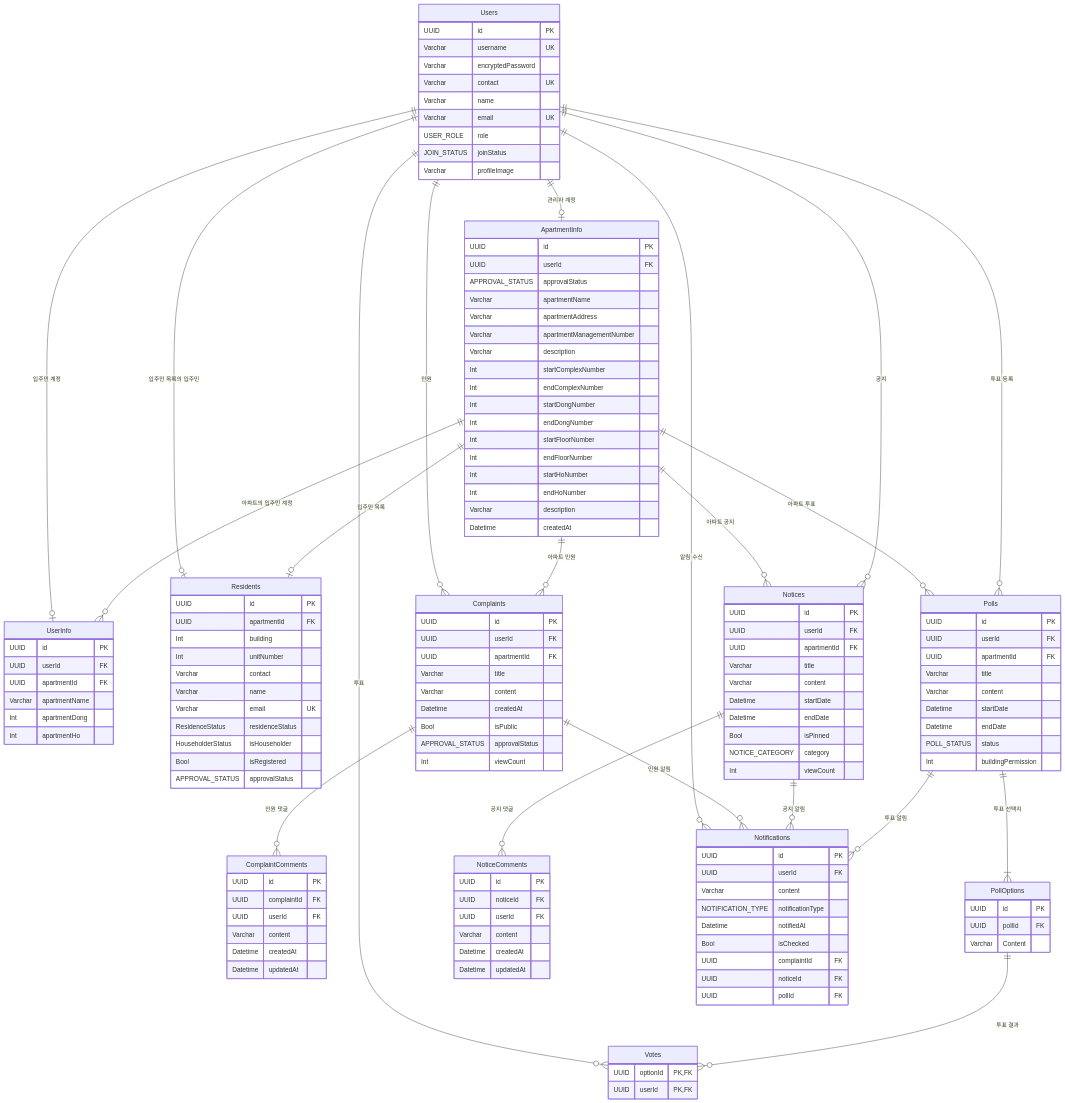
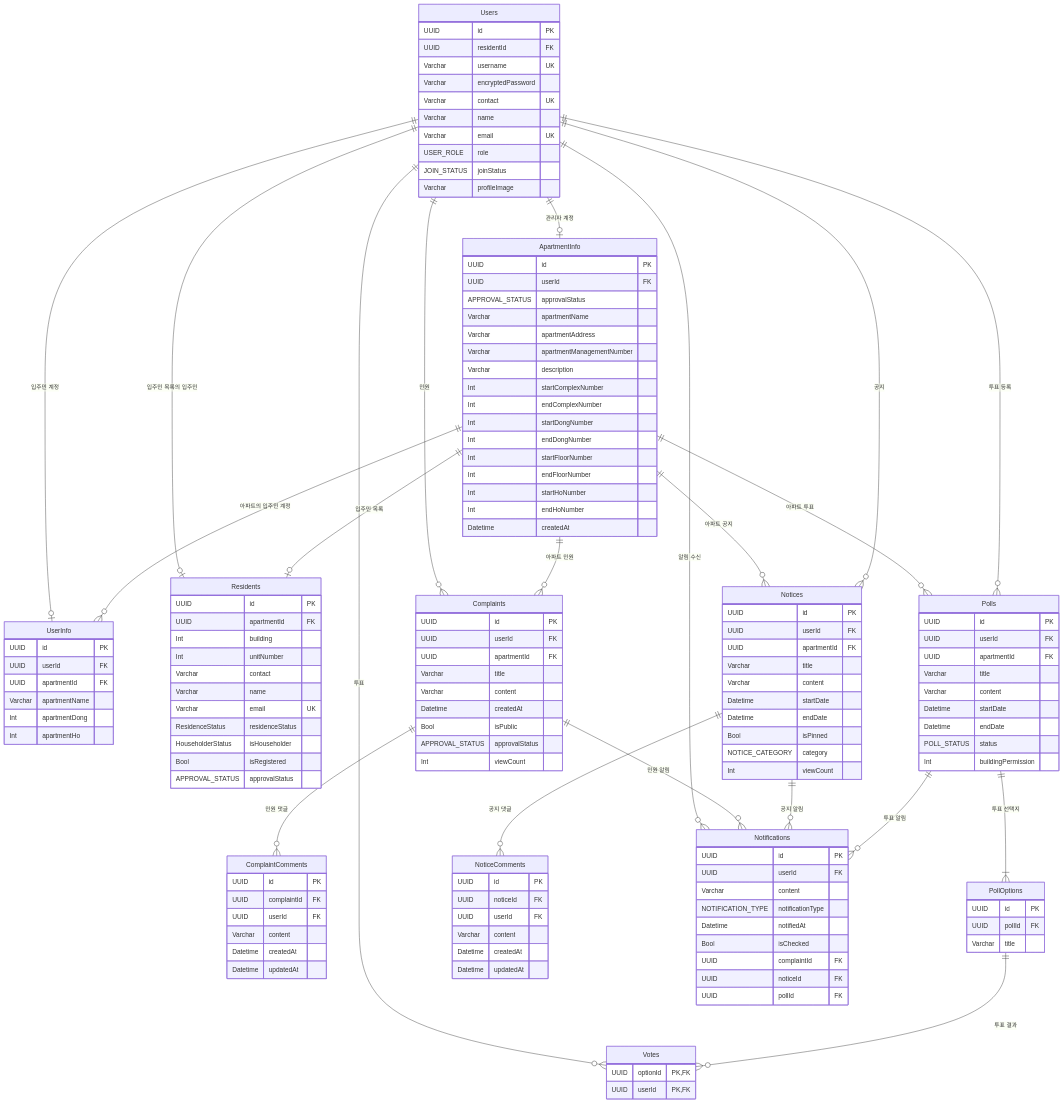
One commit to nb01-welive-team2/nb01-welive-team2 changed the diagram in erd.v1.md. Above: the diagram before and after it, drawn with Mermaid. The commit also changed 9 other files, not shown here.

```diff
--- a/erd.v1.md
+++ b/erd.v1.md
@@ -2,6 +2,7 @@
 erDiagram
 Users {
   UUID id PK
+  UUID residentId FK
   Varchar username UK
   Varchar encryptedPassword
   Varchar contact UK
@@ -31,7 +32,6 @@
   Int endFloorNumber
   Int startHoNumber
   Int endHoNumber
-  Varchar description
   Datetime createdAt
 }
 %% APPROVAL_STATUS : UNRECEIVED, PENDING, APPROVED
@@ -100,7 +100,7 @@
 PollOptions {
   UUID id PK
   UUID pollId FK
-  Varchar Content
+  Varchar title
 }
 
 Votes {
```
